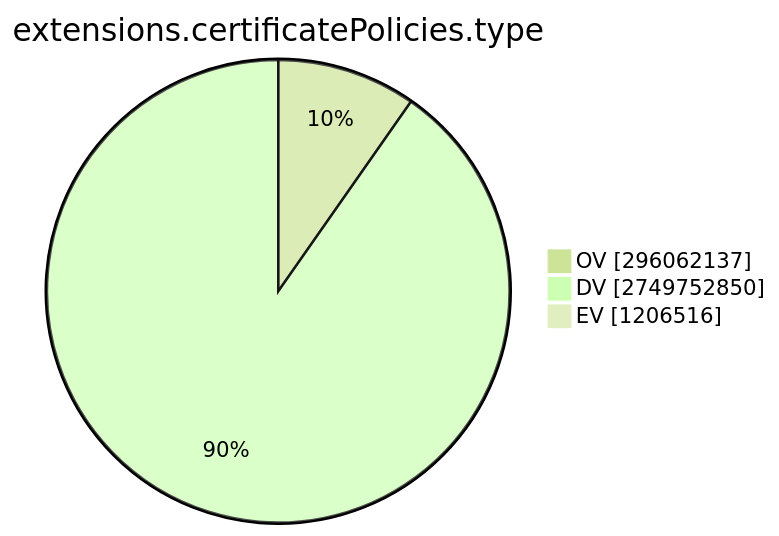
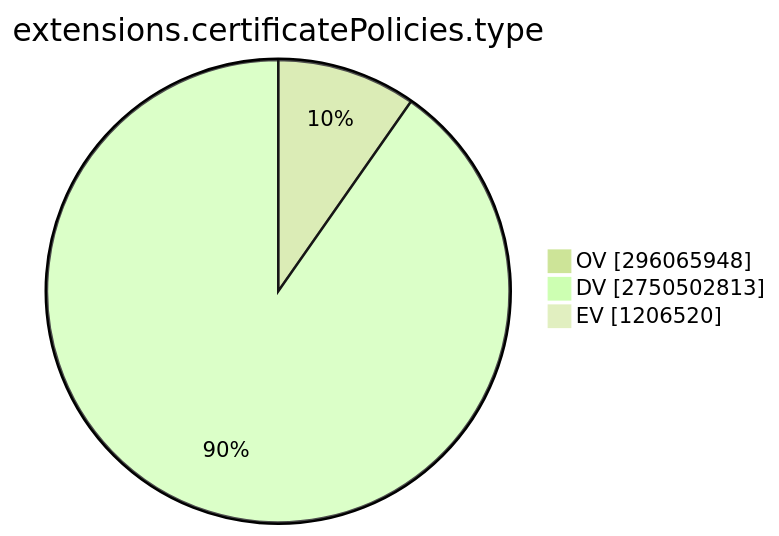
One commit to christiankrug/ctmonitor_visualization changed the ninth of 15 diagrams in TOTAL/README.md. Above: the diagram before and after it, drawn with Mermaid (forest theme). The commit also changed other lines of this file, not shown here.

````diff
--- a/TOTAL/README.md
+++ b/TOTAL/README.md
@@ -3098,7 +3098,7 @@
 ```mermaid
 pie showData
 title extensions.certificatePolicies.type
-"OV" :296062137
-"DV" :2749752850
-"EV" :1206516
+"OV" :296065948
+"DV" :2750502813
+"EV" :1206520
 ```
````
